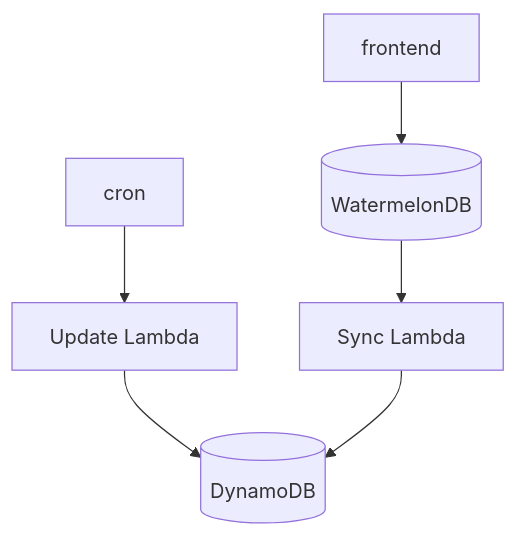
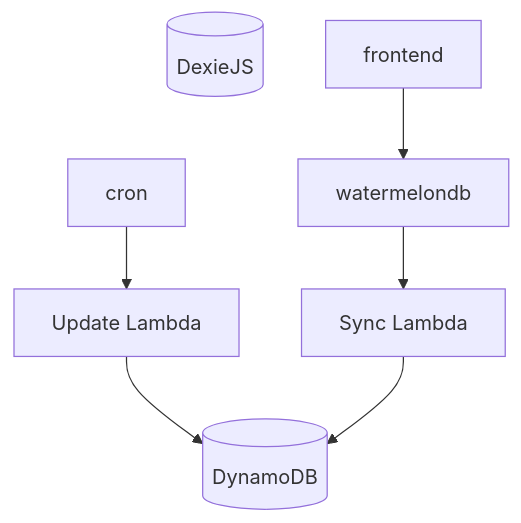
The diagram in README.md (skopjehacklab/cloudy-rss), drawn with Mermaid before and after one commit.

Commit message:
Update README.md
Not using watermelondb; using DexieJS instead.

````diff
--- a/README.md
+++ b/README.md
@@ -21,10 +21,10 @@
 ```mermaid
 graph TD
   DynamoDB[(DynamoDB)]
   updateLambda[Update Lambda]
   syncLambda[Sync Lambda]
-  watermelondb[(WatermelonDB)]
+  dexiejs[(DexieJS)]
 
   cron --> updateLambda --> DynamoDB
   frontend --> watermelondb --> syncLambda --> DynamoDB
 ```
````
